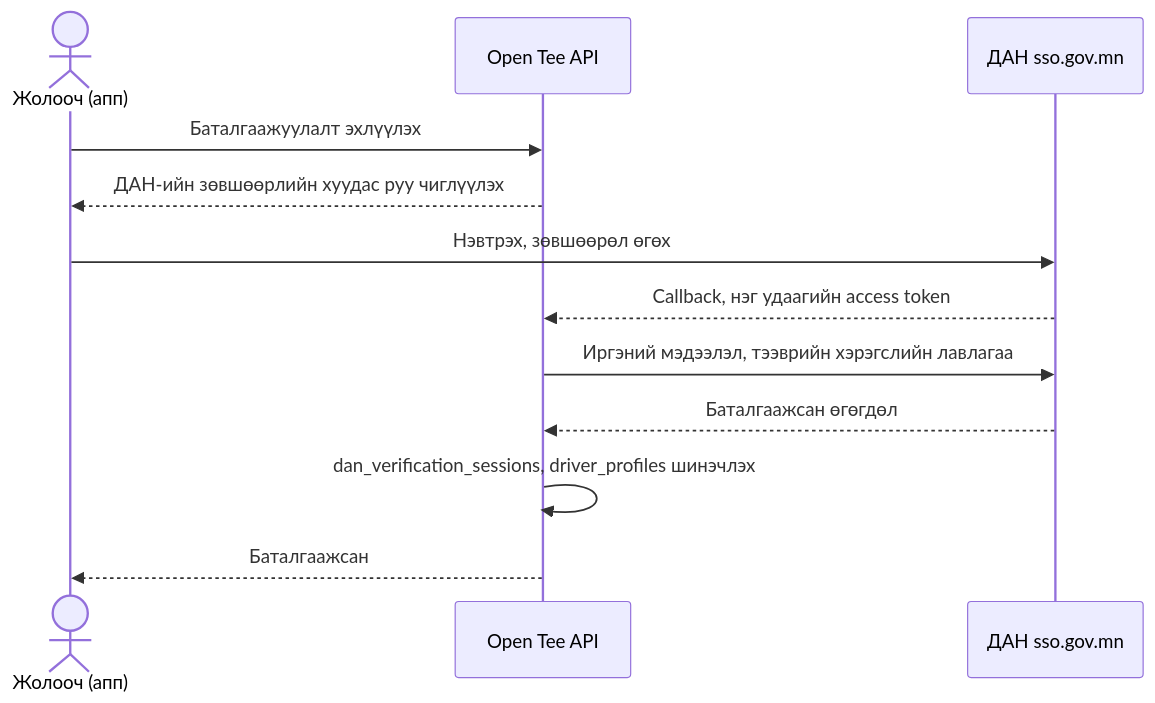
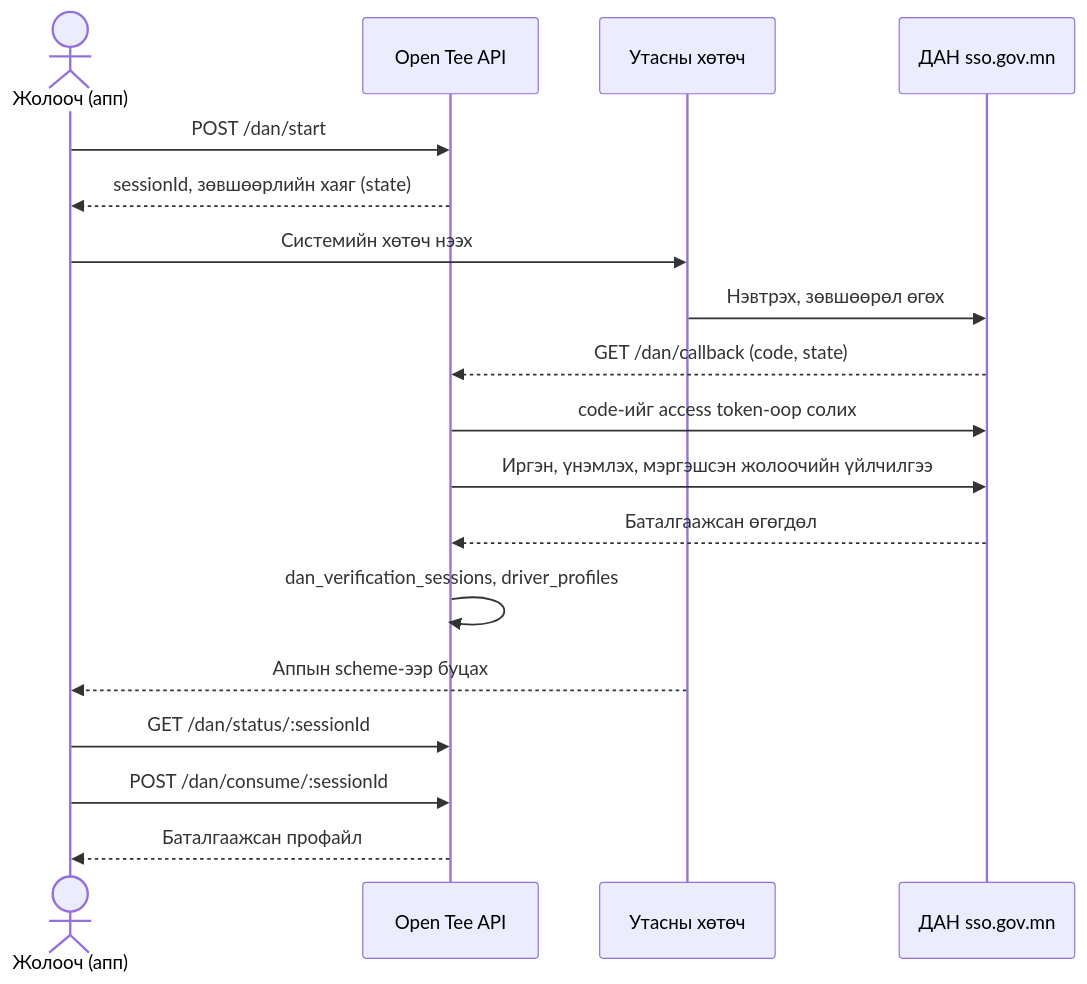
Before and after one commit to Asmodify/Open-Teever-Diploma: the diagram in thesis/diagrams/sequence_dan.mmd, drawn with Mermaid. The commit also changed 52 other files, not shown here.

```diff
--- a/thesis/diagrams/sequence_dan.mmd
+++ b/thesis/diagrams/sequence_dan.mmd
@@ -1,13 +1,19 @@
-%% D9 Sequence: DAN identity verification (chapter 3)  TODO: confirm with routes/dan.js and utils/danConfig.js
+%% D9 Sequence: DAN identity verification (chapter 3). Endpoints from routes/dan.js.
 sequenceDiagram
   actor D as Жолооч (апп)
   participant API as Open Tee API
+  participant B as Утасны хөтөч
   participant DAN as ДАН sso.gov.mn
-  D->>API: Баталгаажуулалт эхлүүлэх
-  API-->>D: ДАН-ийн зөвшөөрлийн хуудас руу чиглүүлэх
-  D->>DAN: Нэвтрэх, зөвшөөрөл өгөх
-  DAN-->>API: Callback, нэг удаагийн access token
-  API->>DAN: Иргэний мэдээлэл, тээврийн хэрэгслийн лавлагаа
+  D->>API: POST /dan/start
+  API-->>D: sessionId, зөвшөөрлийн хаяг (state)
+  D->>B: Системийн хөтөч нээх
+  B->>DAN: Нэвтрэх, зөвшөөрөл өгөх
+  DAN-->>API: GET /dan/callback (code, state)
+  API->>DAN: code-ийг access token-оор солих
+  API->>DAN: Иргэн, үнэмлэх, мэргэшсэн жолоочийн үйлчилгээ
   DAN-->>API: Баталгаажсан өгөгдөл
-  API->>API: dan_verification_sessions, driver_profiles шинэчлэх
-  API-->>D: Баталгаажсан
+  API->>API: dan_verification_sessions, driver_profiles
+  B-->>D: Аппын scheme-ээр буцах
+  D->>API: GET /dan/status/:sessionId
+  D->>API: POST /dan/consume/:sessionId
+  API-->>D: Баталгаажсан профайл
```
